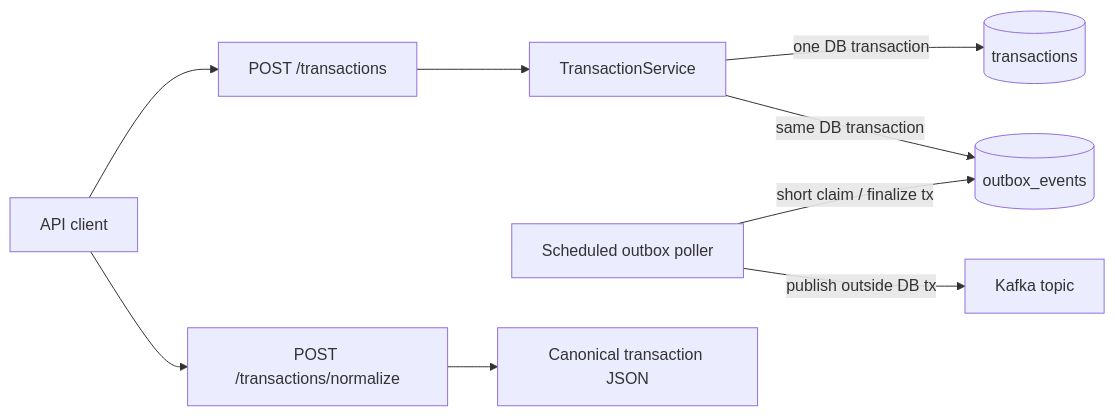
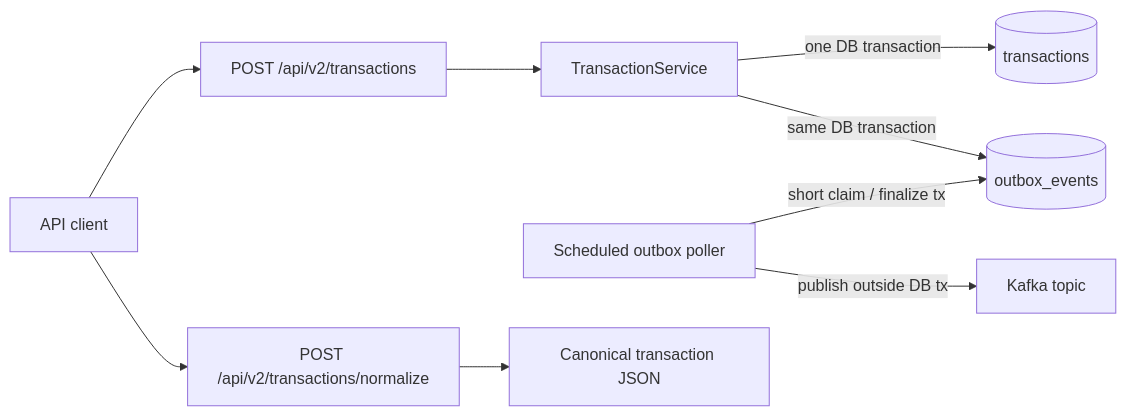
The diagram in README.md (tarunngusain08/transaction-outbox-service), drawn with Mermaid before and after one commit. The commit also changed other lines of this file and 7 other files, not shown here.

````diff
--- a/README.md
+++ b/README.md
@@ -9,11 +9,11 @@
 ```mermaid
 flowchart LR
-    client["API client"] --> create["POST /transactions"]
+    client["API client"] --> create["POST /api/v2/transactions"]
     create --> tx["TransactionService"]
     tx -->|"one DB transaction"| records[("transactions")]
     tx -->|"same DB transaction"| outbox[("outbox_events")]
     poller["Scheduled outbox poller"] -->|"short claim / finalize tx"| outbox
     poller -->|"publish outside DB tx"| kafka["Kafka topic"]
-    client --> normalize["POST /transactions/normalize"]
+    client --> normalize["POST /api/v2/transactions/normalize"]
     normalize --> canonical["Canonical transaction JSON"]
 ```
````
